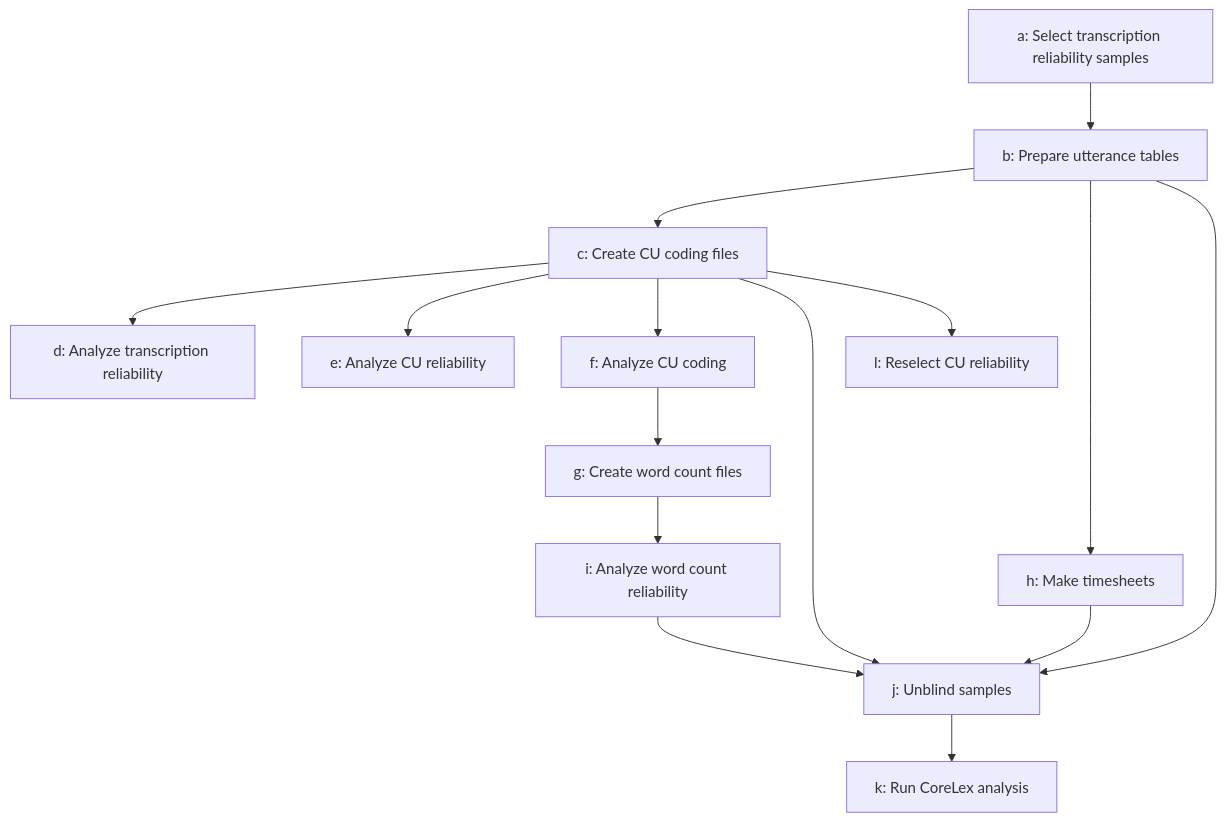
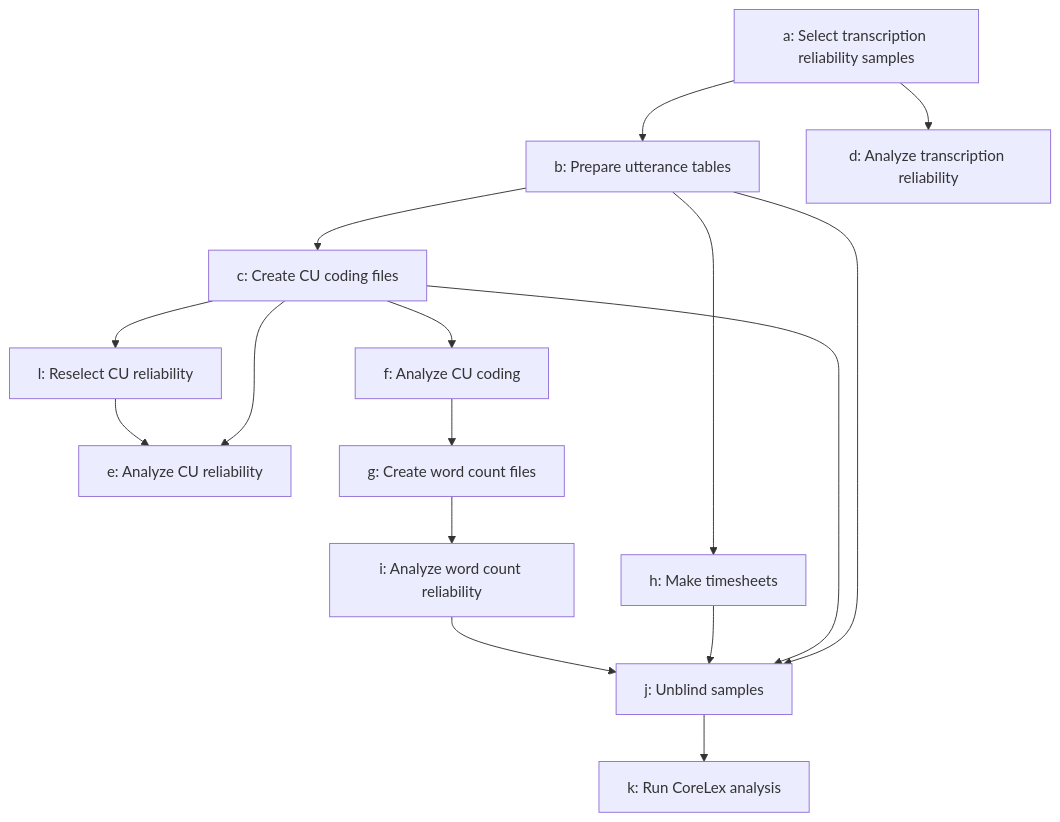
The diagram in README.md (nmccloskey/RASCAL), drawn with Mermaid before and after one commit.

````diff
--- a/README.md
+++ b/README.md
@@ -168,20 +168,23 @@
 ```mermaid
 flowchart TD
     A[a: Select transcription reliability samples] --> B[b: Prepare utterance tables]
+    A --> D[d: Analyze transcription reliability]
+
     B --> C[c: Create CU coding files]
 
-    C --> D[d: Analyze transcription reliability]
+    
     C --> E[e: Analyze CU reliability]
     C --> F[f: Analyze CU coding]
 
     F --> G[g: Create word count files]
     B --> H[h: Make timesheets]
 
     G --> I[i: Analyze word count reliability]
 
     B & C & H & I --> J[j: Unblind samples]
 
     J --> K[k: Run CoreLex analysis]
 
     C --> L[l: Reselect CU reliability]
+    L --> E
 ```
````
